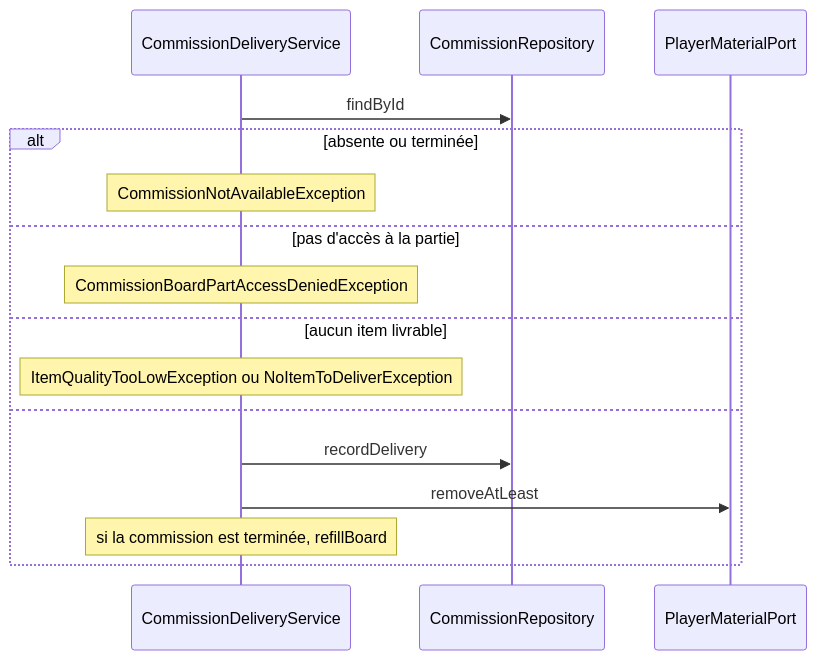
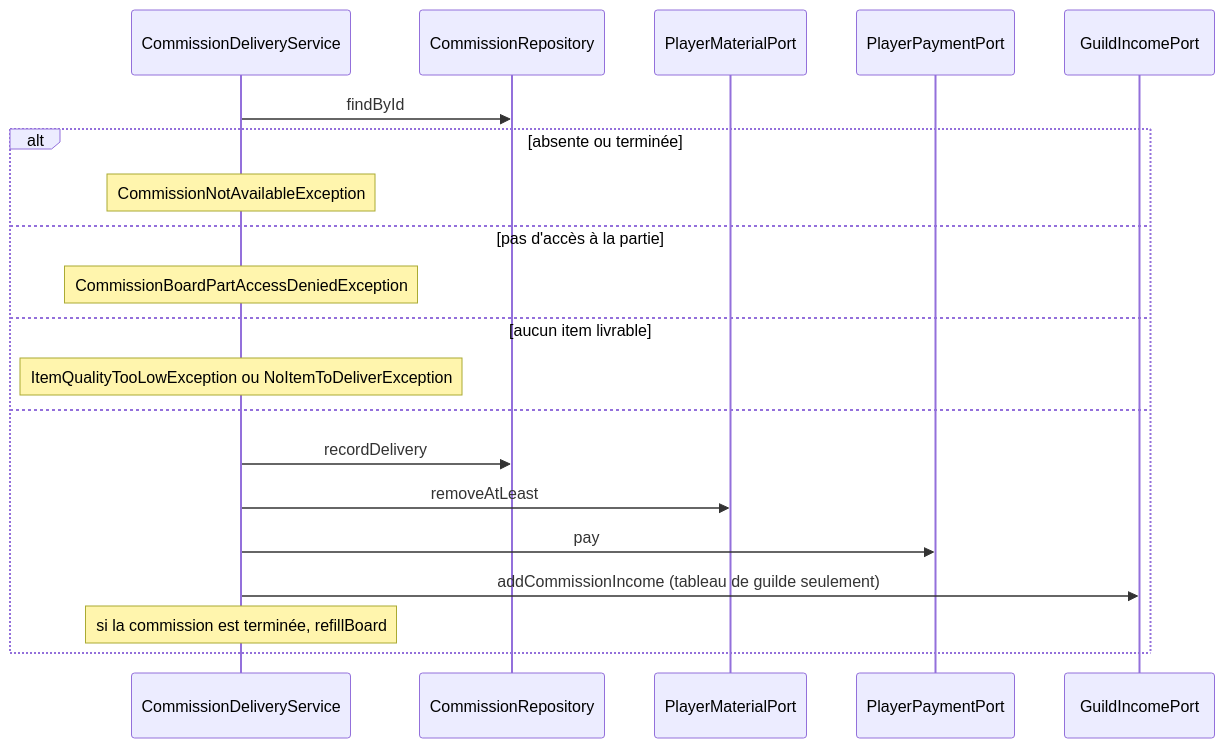
The second of 2 diagrams in commission-domain/spec/commission-domain-doc.md (TesseractFR/TesseractSRP2), drawn with Mermaid before and after one commit. The commit also changed other lines of this file and 66 other files, not shown here.

````diff
--- a/commission-domain/spec/commission-domain-doc.md
+++ b/commission-domain/spec/commission-domain-doc.md
@@ -202,18 +220,22 @@
 ```mermaid
 sequenceDiagram
     participant S as CommissionDeliveryService
     participant R as CommissionRepository
     participant M as PlayerMaterialPort
+    participant P as PlayerPaymentPort
+    participant G as GuildIncomePort
     S->>R: findById
     alt absente ou terminée
         Note over S: CommissionNotAvailableException
     else pas d'accès à la partie
         Note over S: CommissionBoardPartAccessDeniedException
     else aucun item livrable
         Note over S: ItemQualityTooLowException ou NoItemToDeliverException
     else
         S->>R: recordDelivery
         S->>M: removeAtLeast
+        S->>P: pay
+        S->>G: addCommissionIncome (tableau de guilde seulement)
         Note over S: si la commission est terminée, refillBoard
     end
 ```
````
